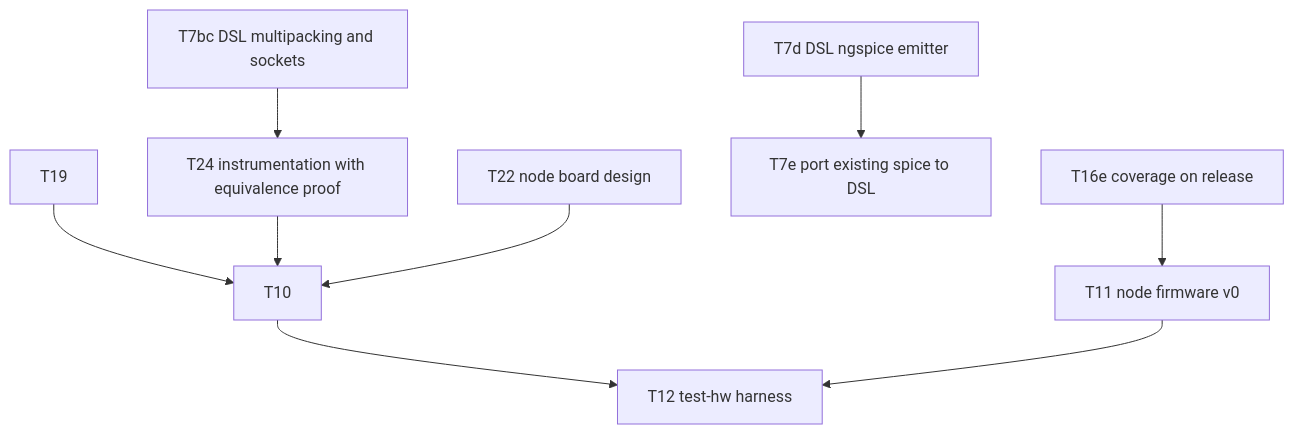
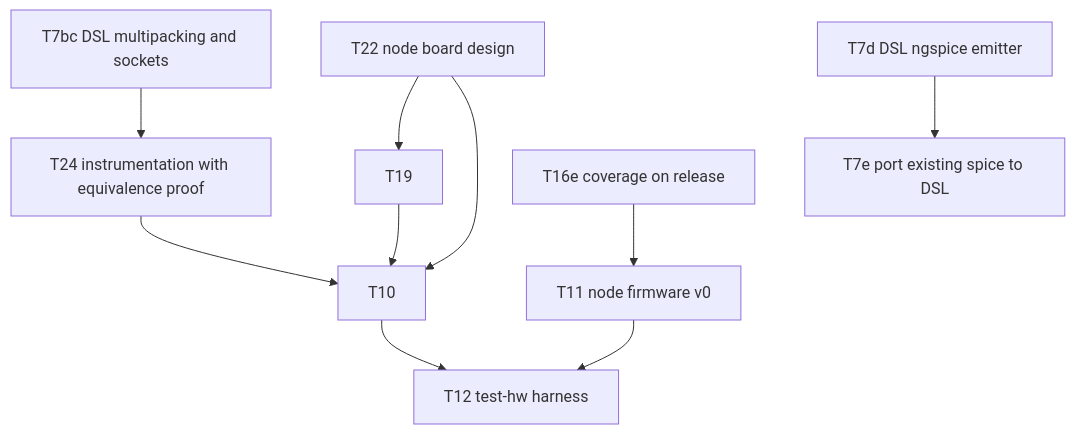
The diagram in KANBAN.md (kristofferkoch/oparroy), drawn with Mermaid before and after one commit. The commit also changed other lines of this file, not shown here.

````diff
--- a/KANBAN.md
+++ b/KANBAN.md
@@ -34,11 +34,11 @@
 ```mermaid
 graph TD
-    T19 --> T10
+    T22[T22 node board design] --> T19 --> T10
     T7bc[T7bc DSL multipacking and sockets] --> T24[T24 instrumentation with equivalence proof]
     T24 --> T10
-    T22[T22 node board design] --> T10
+    T22 --> T10
     T7d[T7d DSL ngspice emitter] --> T7e[T7e port existing spice to DSL]
     T10 --> T12[T12 test-hw harness]
     T11 --> T12
     T16e[T16e coverage on release] --> T11[T11 node firmware v0]
 ```
````
